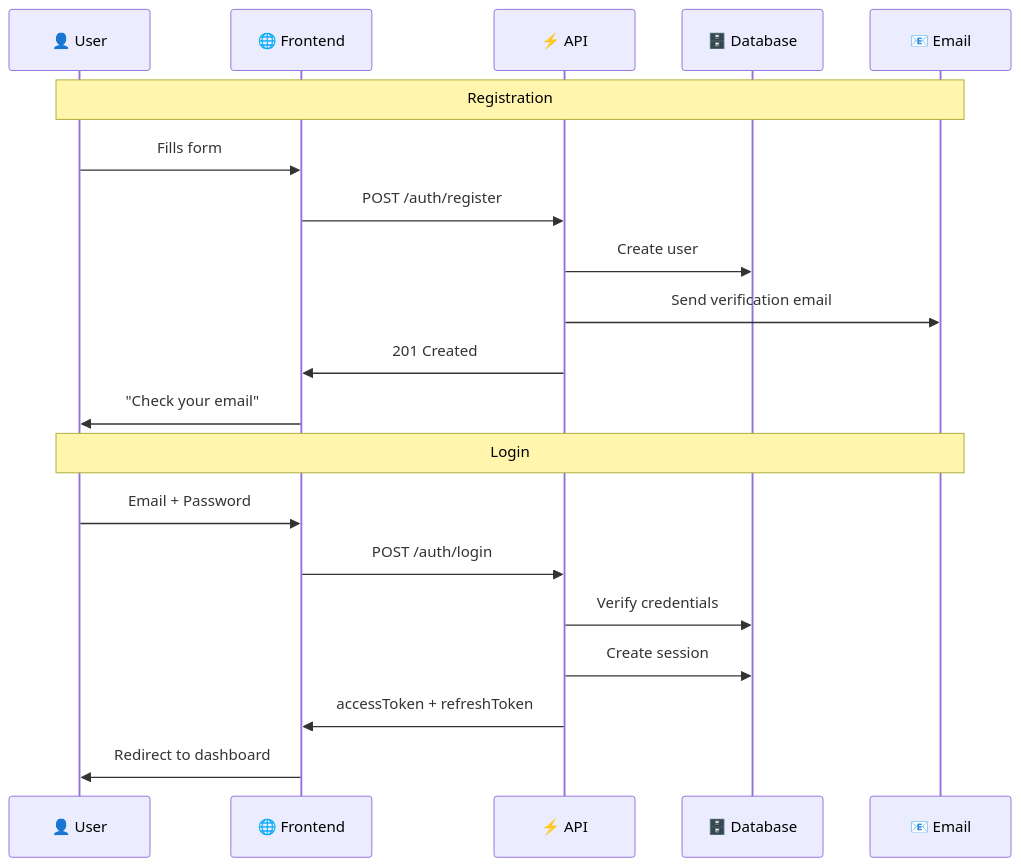
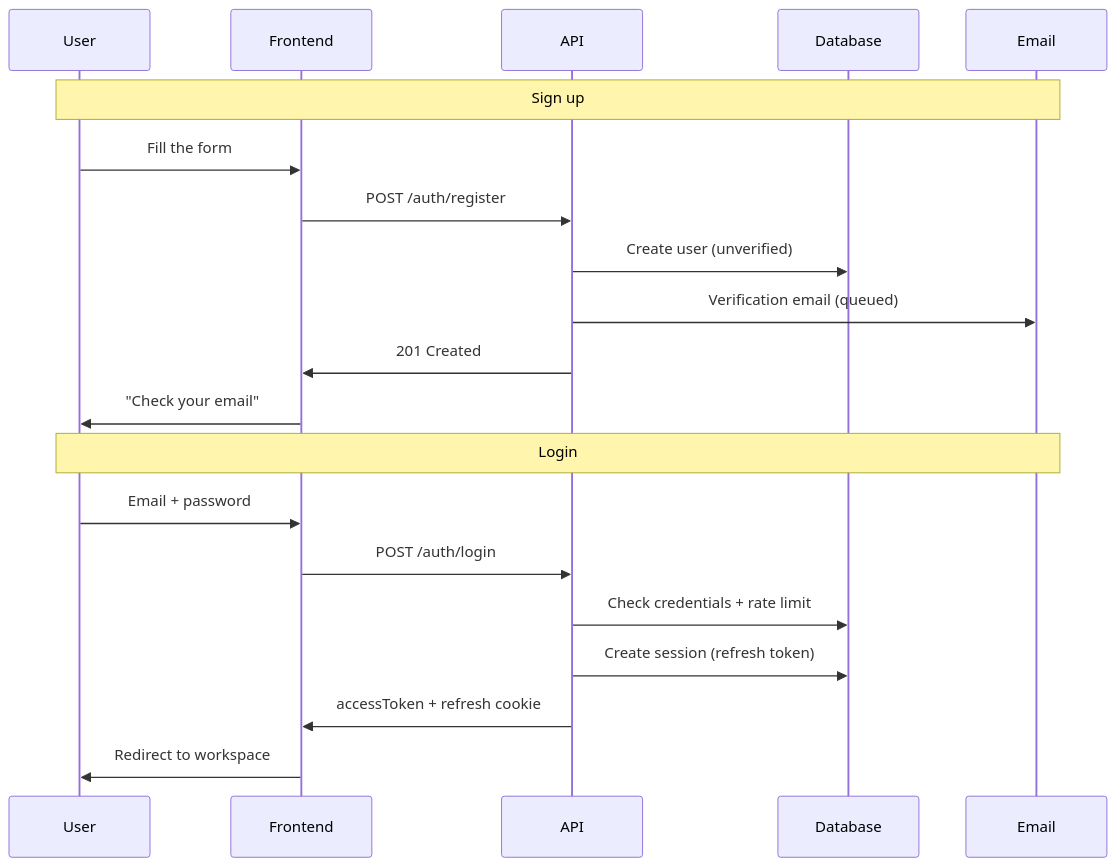
The seventh of 15 diagrams in BOOK.en.md (felipefontoura/spec-driven-development-book), drawn with Mermaid before and after one commit. The commit also changed other lines of this file and 4 other files, not shown here.

````diff
--- a/BOOK.en.md
+++ b/BOOK.en.md
@@ -811,24 +1140,24 @@
 ```mermaid
 sequenceDiagram
-    participant U as 👤 User
-    participant F as 🌐 Frontend
-    participant A as ⚡ API
-    participant D as 🗄️ Database
-    participant E as 📧 Email
+    participant U as User
+    participant F as Frontend
+    participant A as API
+    participant D as Database
+    participant E as Email
 
-    Note over U,E: Registration
-    U->>F: Fills form
+    Note over U,E: Sign up
+    U->>F: Fill the form
     F->>A: POST /auth/register
-    A->>D: Create user
-    A->>E: Send verification email
+    A->>D: Create user (unverified)
+    A->>E: Verification email (queued)
     A->>F: 201 Created
     F->>U: "Check your email"
 
     Note over U,E: Login
-    U->>F: Email + Password
+    U->>F: Email + password
     F->>A: POST /auth/login
-    A->>D: Verify credentials
-    A->>D: Create session
-    A->>F: accessToken + refreshToken
-    F->>U: Redirect to dashboard
+    A->>D: Check credentials + rate limit
+    A->>D: Create session (refresh token)
+    A->>F: accessToken + refresh cookie
+    F->>U: Redirect to workspace
 ```
````
